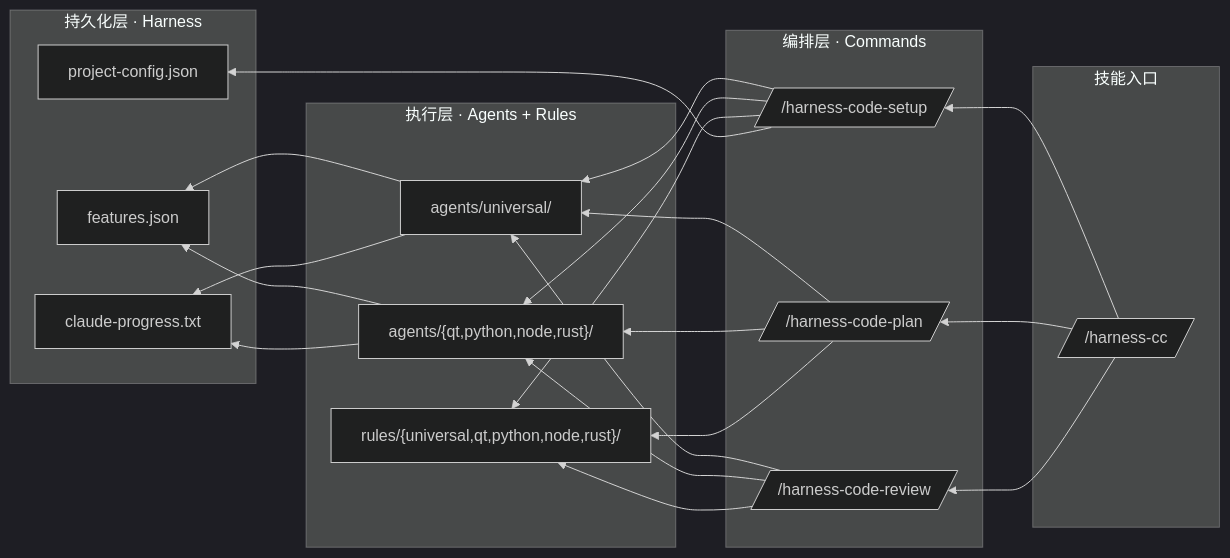
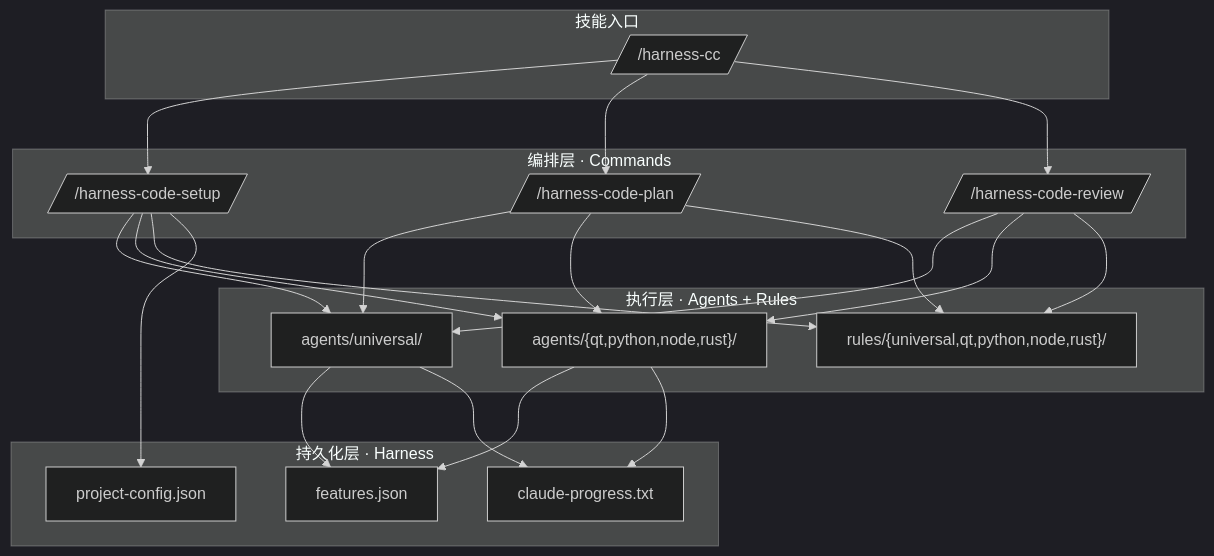
The diagram in README.md (jovetickop/animus), drawn with Mermaid (dark theme) before and after one commit.

Commit message:
docs: 三层架构 mermaid 图改为从上到下

````diff
--- a/README.md
+++ b/README.md
@@ -22,26 +22,26 @@
 ```mermaid
-flowchart RL
+flowchart TB
     subgraph 技能入口
         SKILL[/"/harness-cc"/]
     end
     subgraph 编排层[编排层 · Commands]
         C1[/"/harness-code-setup"/]
         C2[/"/harness-code-plan"/]
         C3[/"/harness-code-review"/]
     end
     subgraph 执行层[执行层 · Agents + Rules]
         A1["agents/universal/"]
         A2["agents/{qt,python,node,rust}/"]
         R["rules/{universal,qt,python,node,rust}/"]
     end
     subgraph 持久化层[持久化层 · Harness]
         F["features.json"]
         P["project-config.json"]
         L["claude-progress.txt"]
     end
 
     SKILL --> C1 & C2 & C3
     C1 & C2 & C3 --> A1 & A2 & R
     A1 & A2 --> F & L
     C1 --> P
 ```
````
